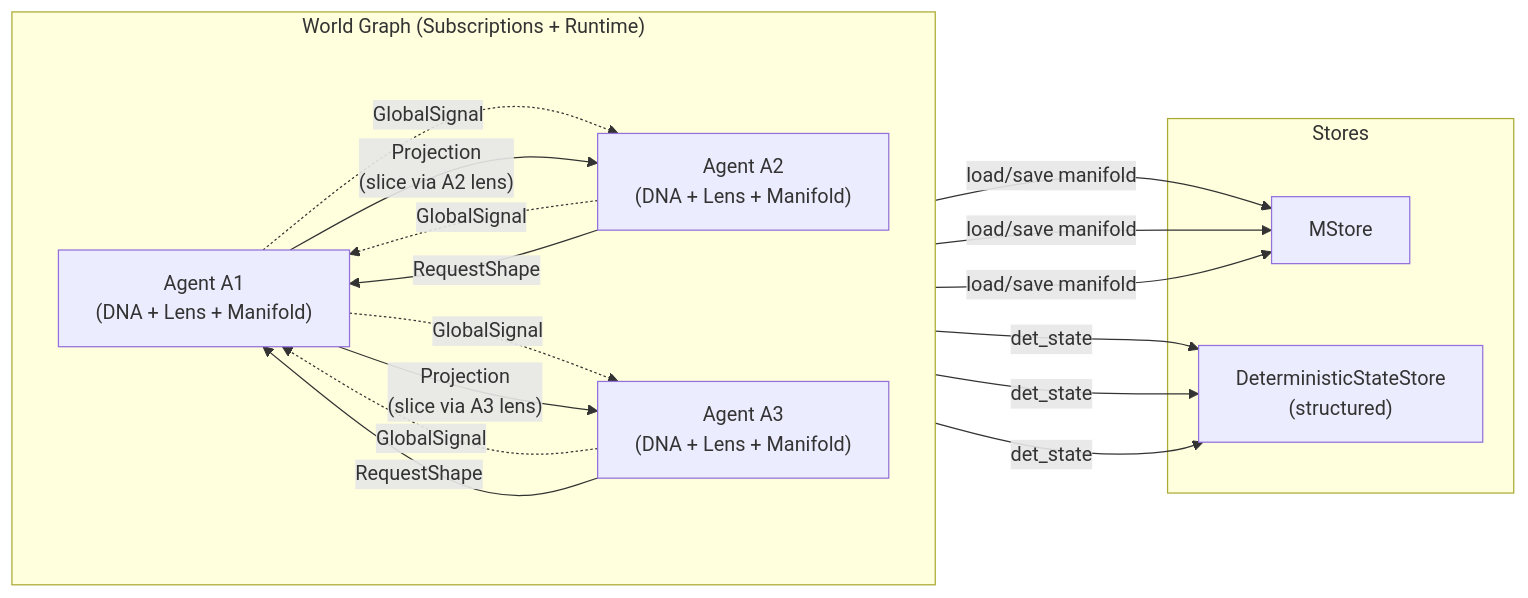
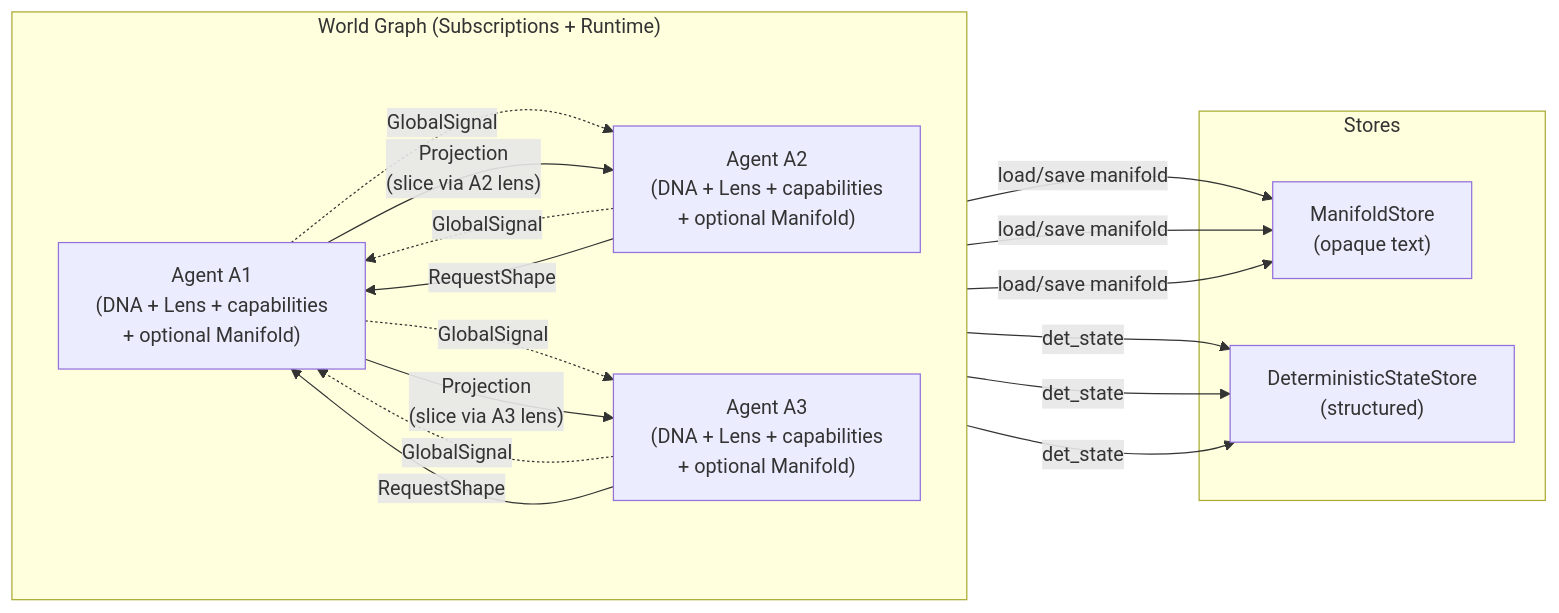
One commit to evanfollis/synaplex changed the second of 4 diagrams in README.md. Above: the diagram before and after it, drawn with Mermaid. The commit also changed other lines of this file, not shown here.

````diff
--- a/README.md
+++ b/README.md
@@ -155,36 +185,36 @@
 ```mermaid
 flowchart LR
     subgraph World["World Graph (Subscriptions + Runtime)"]
         direction LR
-        A1["Agent A1<br>(DNA + Lens + Manifold)"]
-        A2["Agent A2<br>(DNA + Lens + Manifold)"]
-        A3["Agent A3<br>(DNA + Lens + Manifold)"]
+        A1["Agent A1<br>(DNA + Lens + capabilities<br>+ optional Manifold)"]
+        A2["Agent A2<br>(DNA + Lens + capabilities<br>+ optional Manifold)"]
+        A3["Agent A3<br>(DNA + Lens + capabilities<br>+ optional Manifold)"]
     end
 
     subgraph Stores["Stores"]
-        MStore
+        MStore["ManifoldStore<br>(opaque text)"]
         DStore["DeterministicStateStore<br>(structured)"]
     end
 
     %% State links
     A1 -->|load/save manifold| MStore
     A2 -->|load/save manifold| MStore
     A3 -->|load/save manifold| MStore
 
     A1 -->|det_state| DStore
     A2 -->|det_state| DStore
     A3 -->|det_state| DStore
 
-    %% Global signals (broadcast-ish)
+    %% Global signals (broadcast-ish, sender-owned)
     A1 -. GlobalSignal .-> A2
     A1 -. GlobalSignal .-> A3
     A2 -. GlobalSignal .-> A1
     A3 -. GlobalSignal .-> A1
 
-    %% Projections (lens-conditioned requests)
+    %% Projections (lens-conditioned, receiver-owned semantics)
     A2 -->|RequestShape| A1
     A1 -->|"Projection\n(slice via A2 lens)"| A2
 
     A3 -->|RequestShape| A1
     A1 -->|"Projection\n(slice via A3 lens)"| A3
 ```
````
